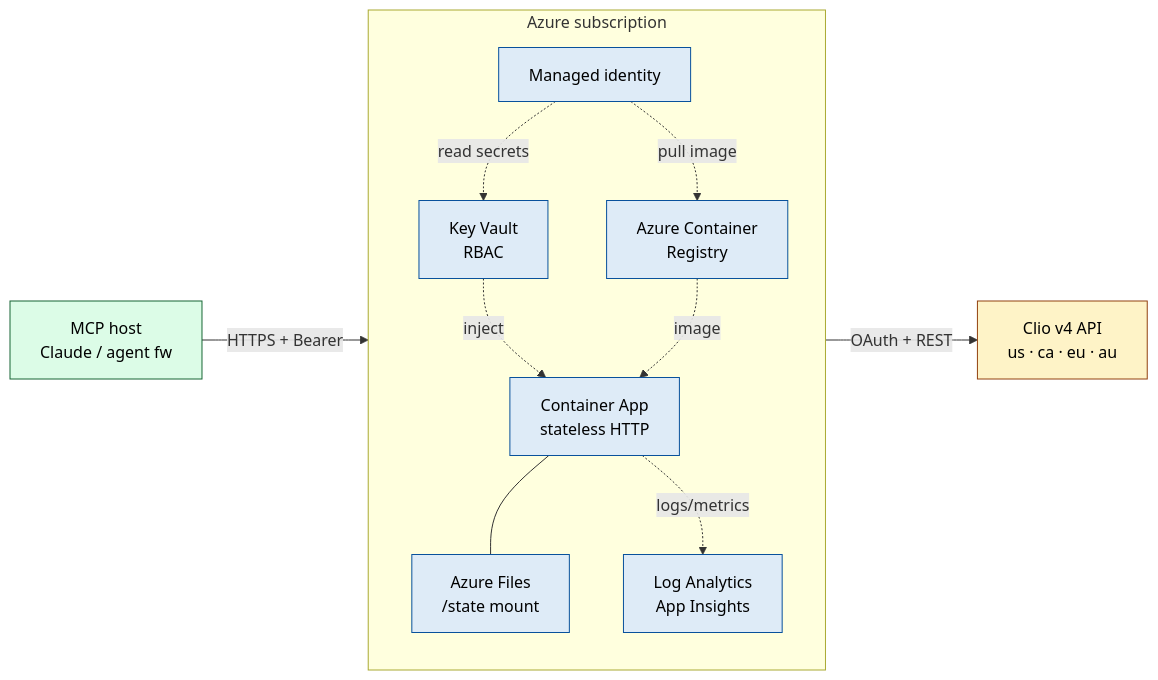
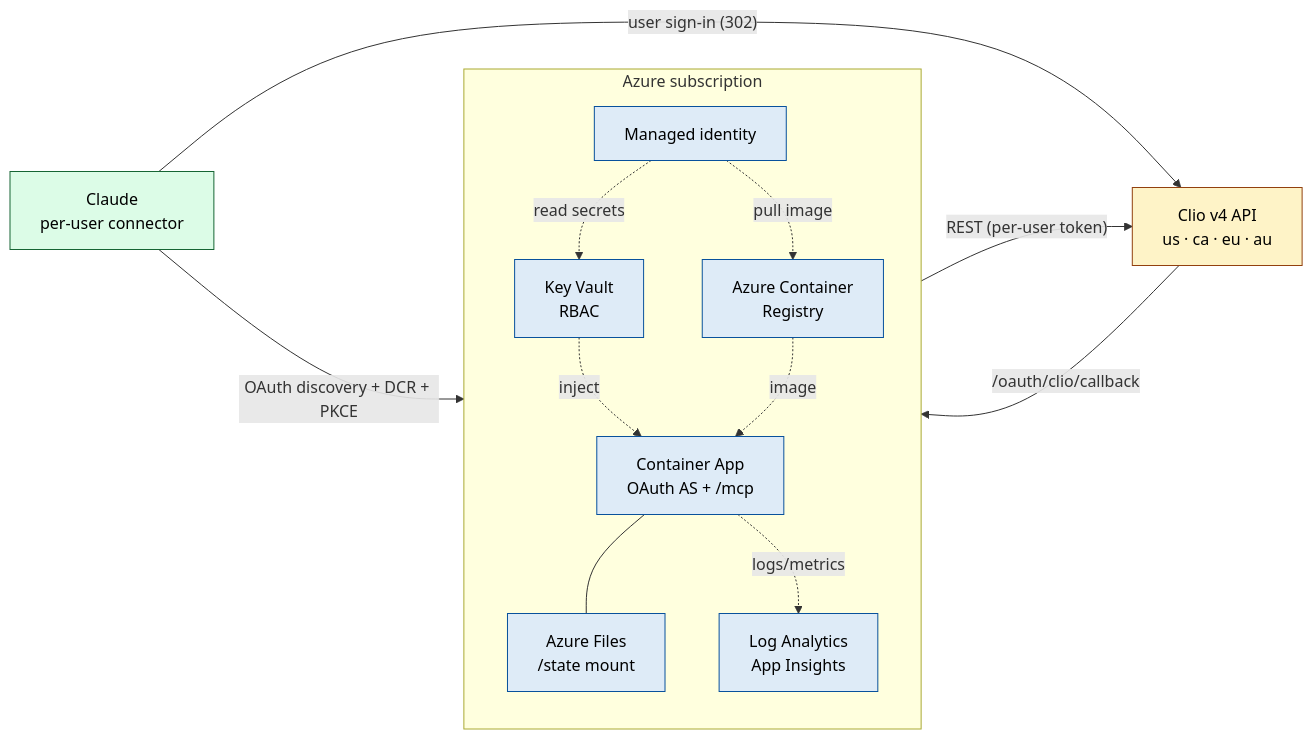
The first of 2 diagrams in README.md (patrickking67/clio-manage-mcp), drawn with Mermaid before and after one commit. The commit also changed other lines of this file and 5 other files, not shown here.

First line of the commit message:
Rewrite README and docs around the remote OAuth connector

````diff
--- a/README.md
+++ b/README.md
@@ -157,27 +204,29 @@
 ```mermaid
 flowchart LR
   classDef azure fill:#deebf7,stroke:#08519c,color:#000;
   classDef clio  fill:#fef3c7,stroke:#92400e,color:#000;
   classDef host  fill:#dcfce7,stroke:#166534,color:#000;
 
-  H[MCP host<br/>Claude / agent fw]:::host
+  H[Claude<br/>per-user connector]:::host
   subgraph AZ[Azure subscription]
     direction TB
-    CA[Container App<br/>stateless HTTP]:::azure
+    CA[Container App<br/>OAuth AS + /mcp]:::azure
     KV[Key Vault<br/>RBAC]:::azure
     SF[Azure Files<br/>/state mount]:::azure
     LA[Log Analytics<br/>App Insights]:::azure
     MI[Managed identity]:::azure
     ACR[Azure Container<br/>Registry]:::azure
   end
   CLIO[Clio v4 API<br/>us · ca · eu · au]:::clio
 
-  H -- HTTPS + Bearer --> CA
-  CA -- OAuth + REST --> CLIO
+  H -- OAuth discovery + DCR + PKCE --> CA
+  H -- user sign-in (302) --> CLIO
+  CLIO -- /oauth/clio/callback --> CA
+  CA -- REST (per-user token) --> CLIO
   CA --- SF
   CA -. logs/metrics .-> LA
   MI -. pull image .-> ACR
   MI -. read secrets .-> KV
   KV -. inject .-> CA
   ACR -. image .-> CA
 ```
````
